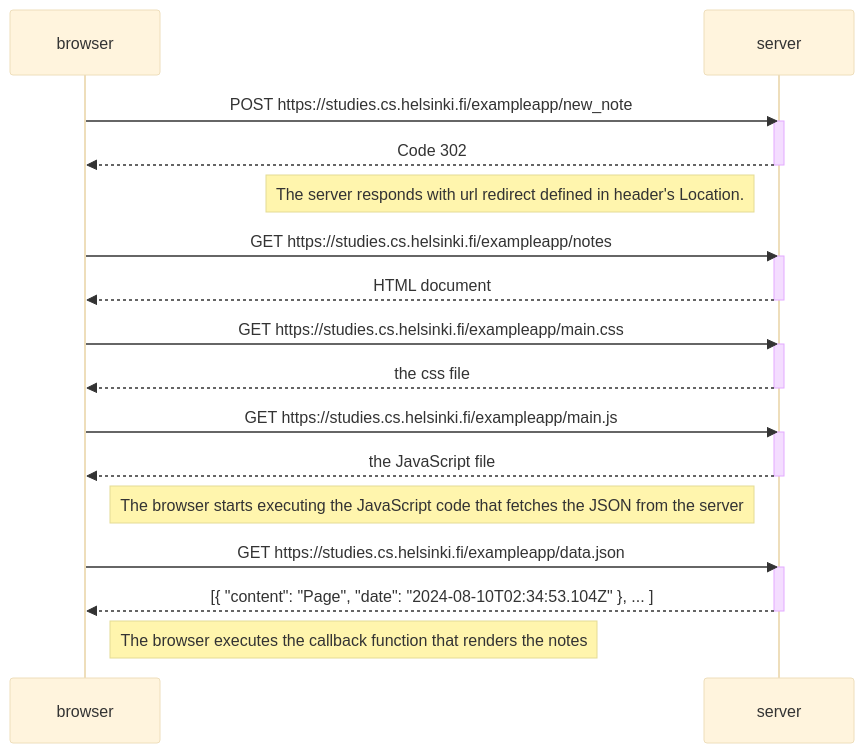
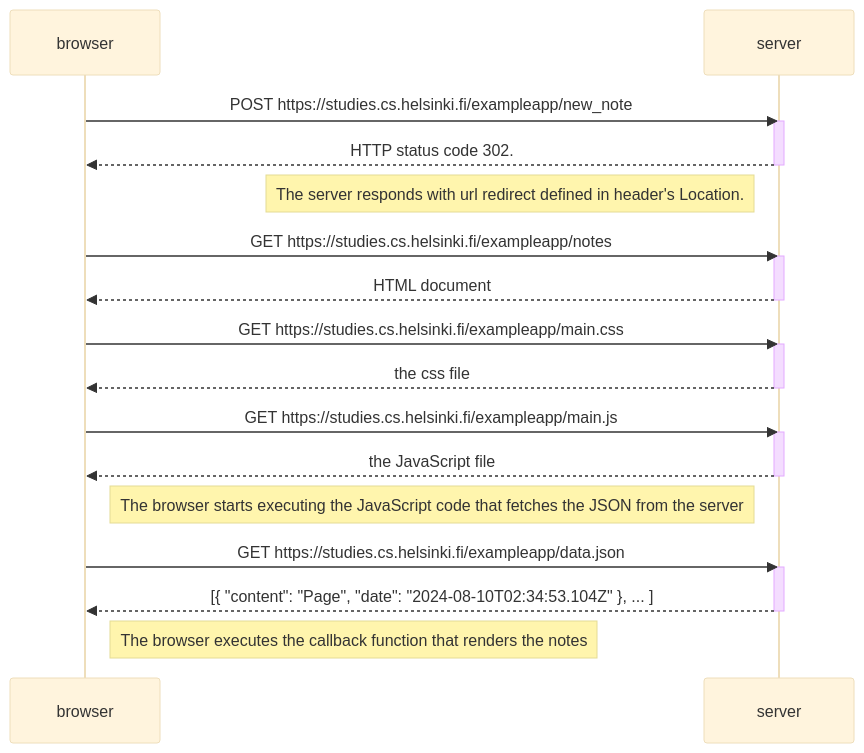
One commit to WilczynskiMikolaj/fullstackopen changed the diagram in part0/part0.4.md. Above: the diagram before and after it, drawn with Mermaid (base theme).

Commit message:
Part 0.4

````diff
--- a/part0/part0.4.md
+++ b/part0/part0.4.md
@@ -1,36 +1,36 @@
 ```mermaid
 sequenceDiagram
     participant browser
     participant server
 
     browser->>server: POST https://studies.cs.helsinki.fi/exampleapp/new_note
     activate server
-    server-->>browser: Code 302
+    server-->>browser: HTTP status code 302.
     deactivate server
 
     Note left of server: The server responds with url redirect defined in header's Location.
 
     browser->>server: GET https://studies.cs.helsinki.fi/exampleapp/notes
     activate server
     server-->>browser: HTML document
     deactivate server
 
     browser->>server: GET https://studies.cs.helsinki.fi/exampleapp/main.css
     activate server
     server-->>browser: the css file
     deactivate server
 
     browser->>server: GET https://studies.cs.helsinki.fi/exampleapp/main.js
     activate server
     server-->>browser: the JavaScript file
     deactivate server
 
     Note right of browser: The browser starts executing the JavaScript code that fetches the JSON from the server
 
     browser->>server: GET https://studies.cs.helsinki.fi/exampleapp/data.json
     activate server
     server-->>browser: [{ "content": "Page", "date": "2024-08-10T02:34:53.104Z" }, ... ]
     deactivate server
 
     Note right of browser: The browser executes the callback function that renders the notes
 ```
````
